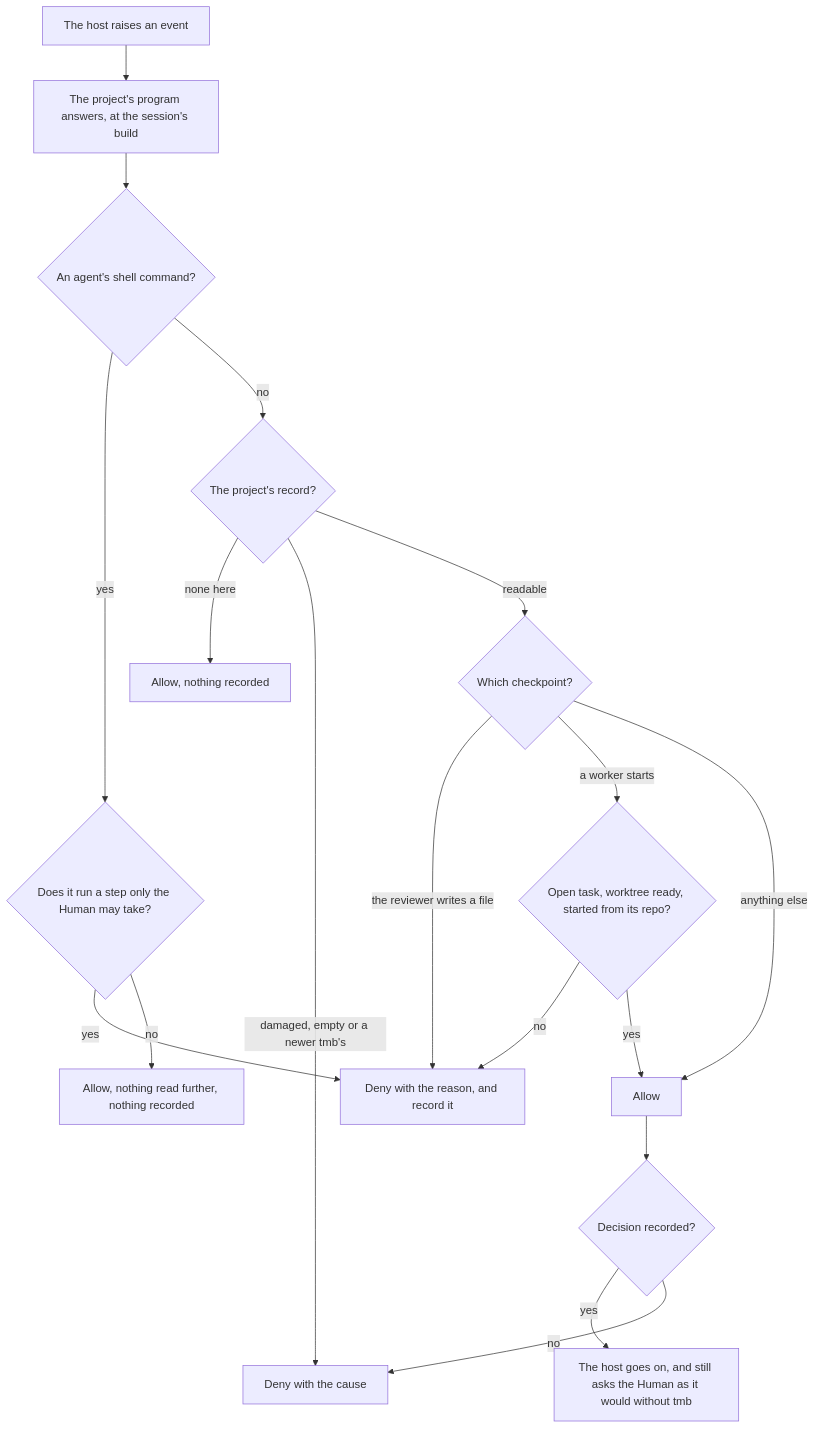
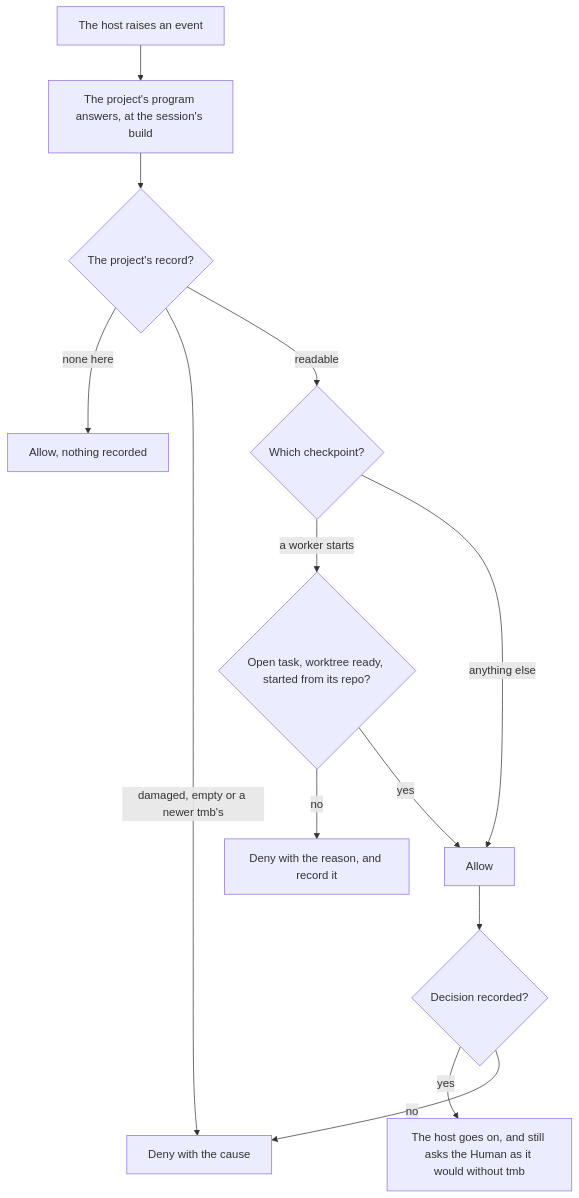
Before and after one commit to trustmybot/tmb: the fourth of 5 diagrams in docs/architecture/HOSTS.md, drawn with Mermaid. The commit also changed other lines of this file and 7 other files, not shown here.

````diff
--- a/docs/architecture/HOSTS.md
+++ b/docs/architecture/HOSTS.md
@@ -205,20 +201,15 @@
 ```mermaid
 flowchart TD
     A[The host raises an event] --> B[The project's program answers, at the session's build]
-    B --> C{An agent's shell command?}
-    C -- yes --> C1{Does it run a step only the Human may take?}
-    C1 -- yes --> DENY[Deny with the reason, and record it]
-    C1 -- no --> SILENT[Allow, nothing read further, nothing recorded]
-    C -- no --> D{The project's record?}
+    B --> D{The project's record?}
     D -- none here --> SILENT2[Allow, nothing recorded]
     D -- "damaged, empty or a newer tmb's" --> DENY2[Deny with the cause]
     D -- readable --> E{Which checkpoint?}
-    E -- the reviewer writes a file --> DENY
     E -- a worker starts --> F{Open task, worktree ready, started from its repo?}
-    F -- no --> DENY
+    F -- no --> DENY[Deny with the reason, and record it]
     F -- yes --> G
     E -- anything else --> G[Allow]
     G --> H{Decision recorded?}
     H -- yes --> OK[The host goes on, and still asks the Human as it would without tmb]
     H -- no --> DENY2
 ```
````
